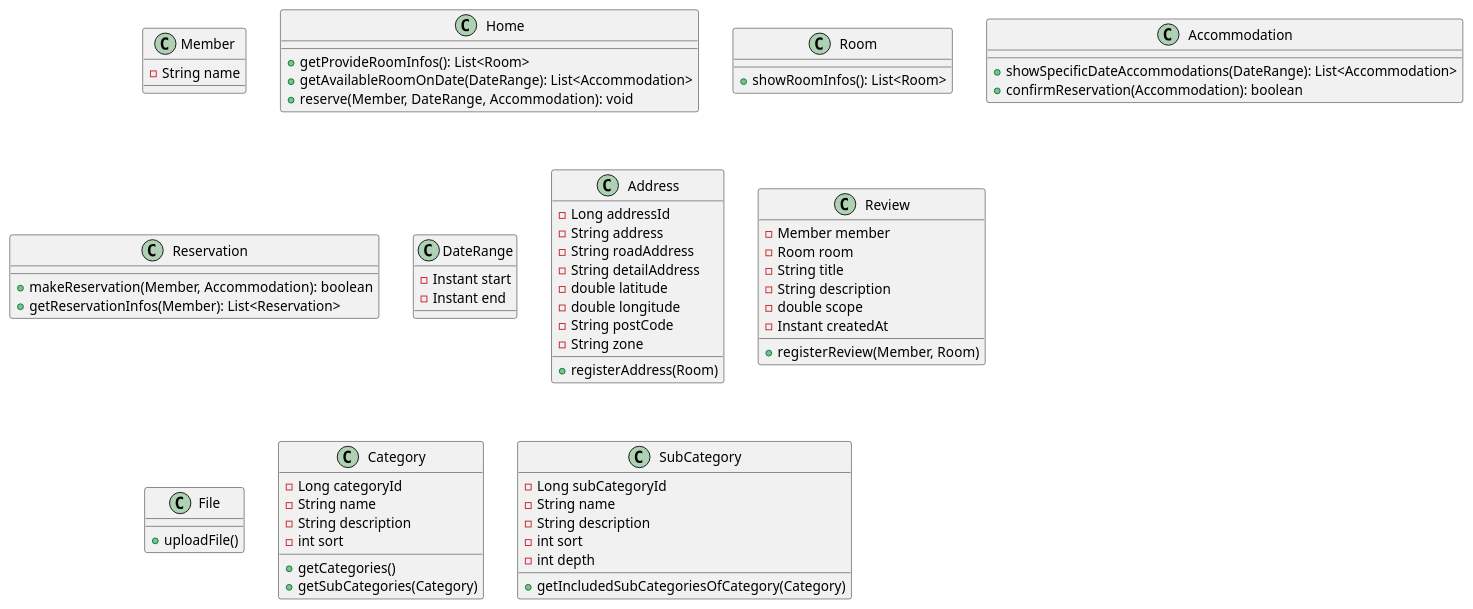
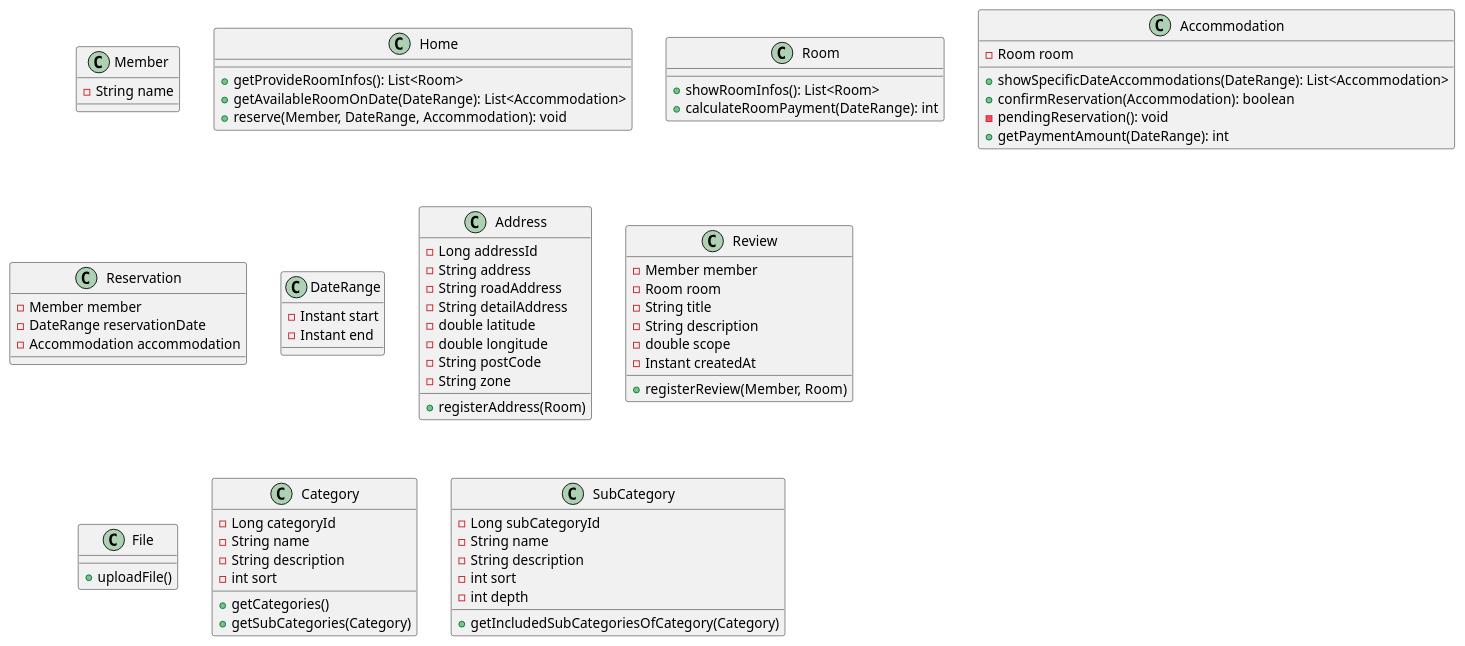
Before and after one commit to f-lab-edu/room-reservation-service: the diagram in class-diagram.puml, drawn with PlantUML. The commit also changed 1 other file, not shown here.

```diff
--- a/class-diagram.puml
+++ b/class-diagram.puml
@@ -1,75 +1,80 @@
 @startuml
 class Member {
   -String name
 }
 
 class Home {
   +getProvideRoomInfos(): List<Room>
   +getAvailableRoomOnDate(DateRange): List<Accommodation>
   +reserve(Member, DateRange, Accommodation): void
 }
 
 class Room {
   +showRoomInfos(): List<Room>
+  +calculateRoomPayment(DateRange): int
 }
 
 class Accommodation {
+  -Room room
   +showSpecificDateAccommodations(DateRange): List<Accommodation>
   +confirmReservation(Accommodation): boolean
+  -pendingReservation(): void
+  +getPaymentAmount(DateRange): int
 }
 
 class Reservation {
-  +makeReservation(Member, Accommodation): boolean
-  +getReservationInfos(Member): List<Reservation>
+  -Member member
+  -DateRange reservationDate
+  -Accommodation accommodation
 }
 
 class DateRange {
   -Instant start
   -Instant end
 }
 
 class Address {
   -Long addressId
   -String address
   -String roadAddress
   -String detailAddress
   -double latitude
   -double longitude
   -String postCode
   -String zone
   +registerAddress(Room)
 }
 
 class Review {
   -Member member
   -Room room
   -String title
   -String description
   -double scope
   -Instant createdAt
   +registerReview(Member, Room)
 }
 
 class File {
   +uploadFile()
 }
 
 class Category {
   -Long categoryId
   -String name
   -String description
   -int sort
   +getCategories()
   +getSubCategories(Category)
 }
 
 class SubCategory {
   -Long subCategoryId
   -String name
   -String description
   -int sort
   -int depth
   +getIncludedSubCategoriesOfCategory(Category)
 }
 
 @enduml
```
